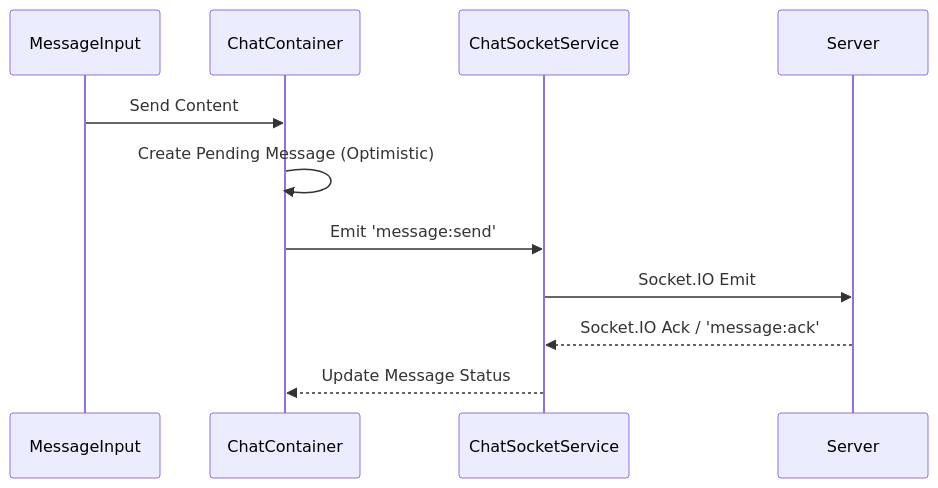
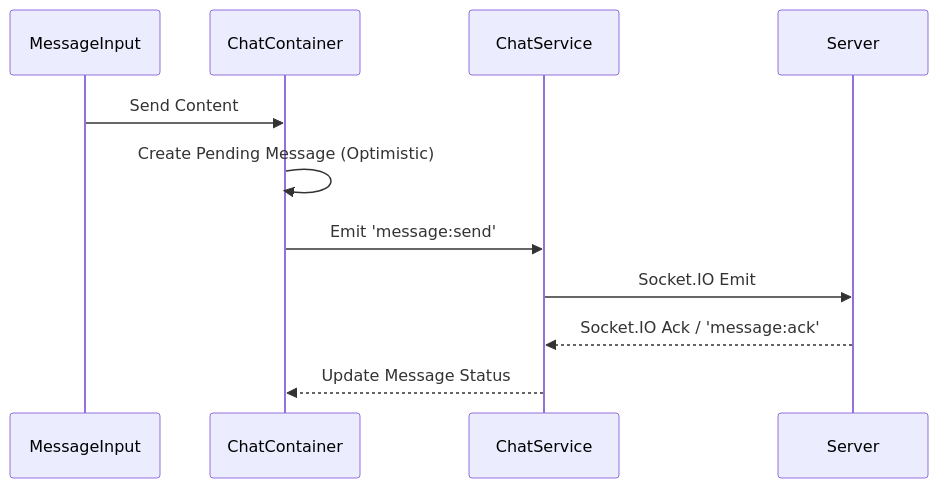
Before and after one commit to sw-tt-akshayparmar/optimus: the second of 3 diagrams in docs/chat-architecture.md, drawn with Mermaid. The commit also changed other lines of this file and 11 other files, not shown here.

````diff
--- a/docs/chat-architecture.md
+++ b/docs/chat-architecture.md
@@ -53,14 +53,14 @@
 ```mermaid
 sequenceDiagram
     participant UI as MessageInput
     participant CC as ChatContainer
-    participant CSS as ChatSocketService
+    participant CSS as ChatService
     participant S as Server
 
     UI->>CC: Send Content
     CC->>CC: Create Pending Message (Optimistic)
     CC->>CSS: Emit 'message:send'
     CSS->>S: Socket.IO Emit
     S-->>CSS: Socket.IO Ack / 'message:ack'
     CSS-->>CC: Update Message Status
 ```
````
